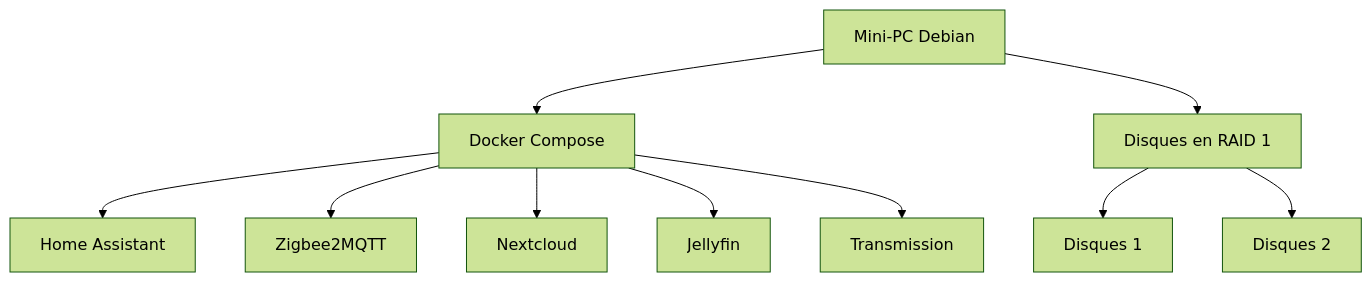
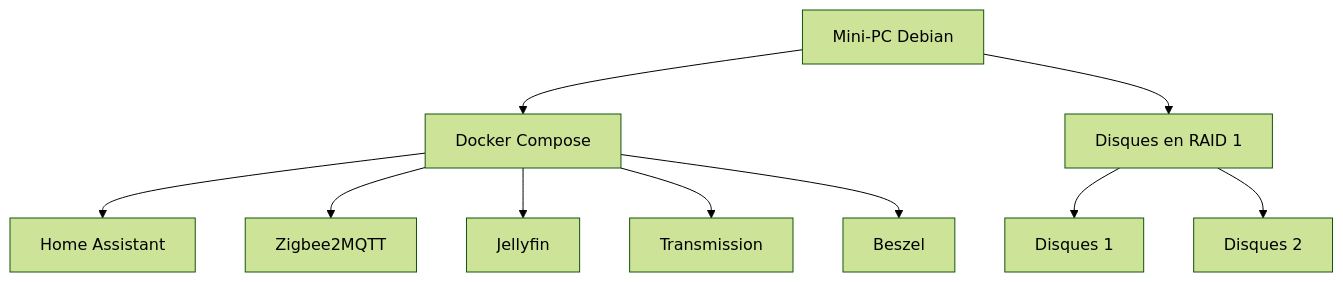
One commit to qledelas/home-jarvis changed the diagram in README.md. Above: the diagram before and after it, drawn with Mermaid (forest theme). The commit also changed other lines of this file and 6 other files, not shown here.

Commit message:
remove nextcloud and add beszel

````diff
--- a/README.md
+++ b/README.md
@@ -30,13 +30,13 @@
 ```mermaid
 flowchart TD
     A[Mini-PC Debian] --> B[Docker Compose]
     B --> C[Home Assistant]
     B --> D[Zigbee2MQTT]
-    B --> E[Nextcloud]
-    B --> F[Jellyfin]
-    B --> G[Transmission]
+    B --> E[Jellyfin]
+    B --> F[Transmission]
+    B --> G[Beszel]
     A --> H[Disques en RAID 1]
     H --> I[Disques 1]
     H --> J[Disques 2]
 
 ```
````
